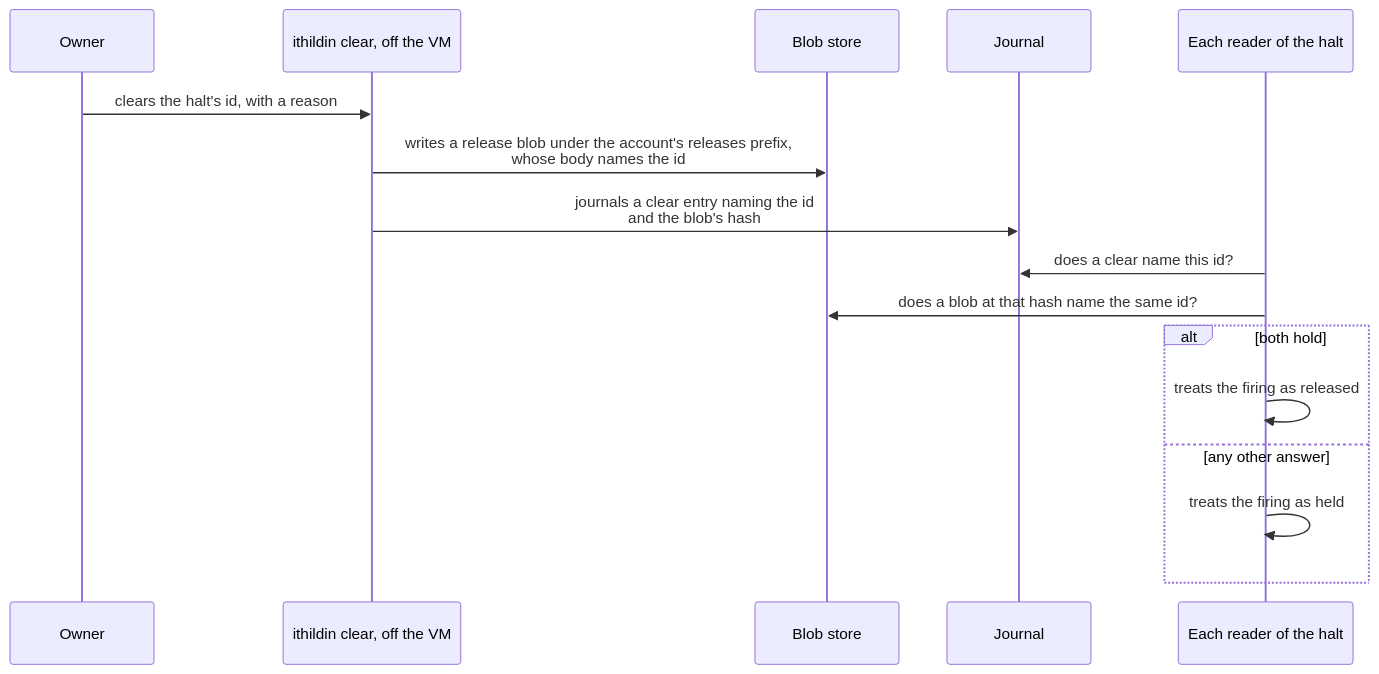
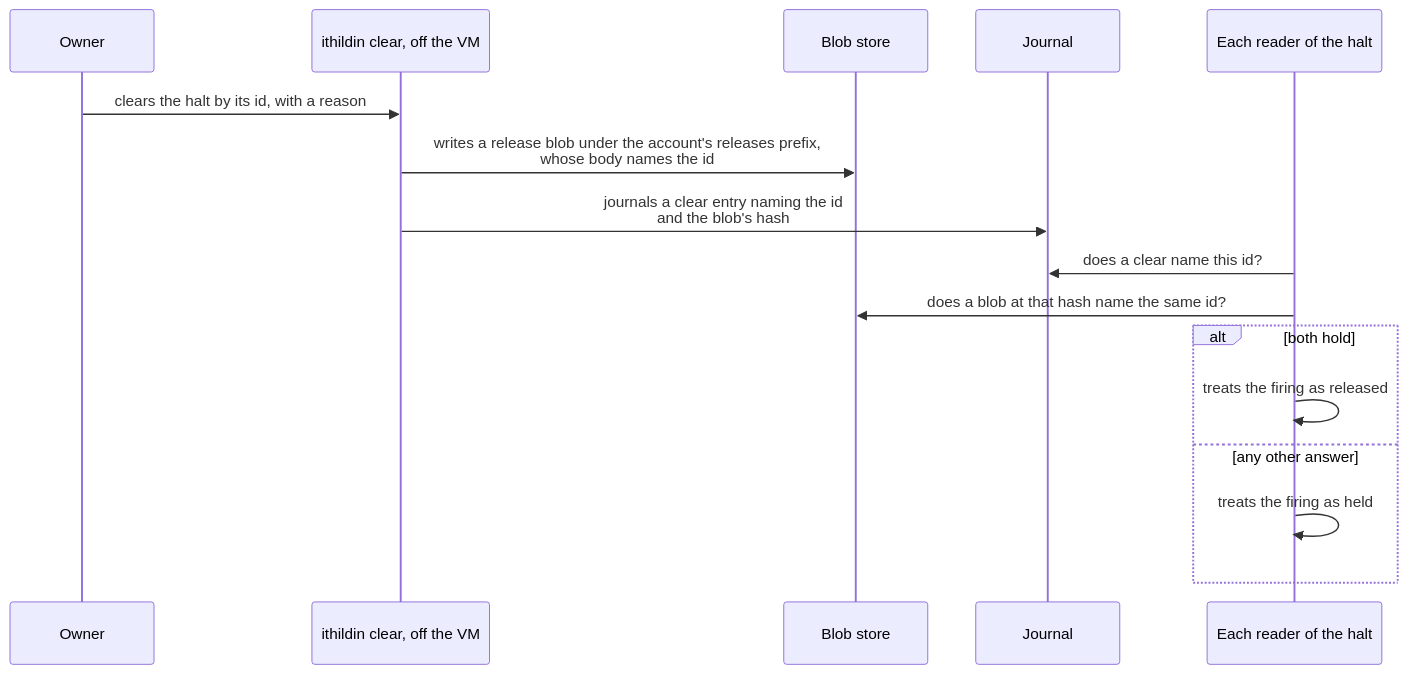
The second of 3 diagrams in docs/halts-and-drills.md (l3a0/ithildin-runtime), drawn with Mermaid before and after one commit. The commit also changed 2 other files, not shown here.

Commit message:
docs: answer the review of the diagram words
Twelve labels and sentences said something other than the body, or took a
second read. The restart diagram now checks the kill switch before it writes
the plan, as the send diagram does.

````diff
--- a/docs/halts-and-drills.md
+++ b/docs/halts-and-drills.md
@@ -57,18 +57,18 @@
 ```mermaid
 sequenceDiagram
     participant P as Owner
     participant T as ithildin clear, off the VM
     participant F as Blob store
     participant J as Journal
     participant R as Each reader of the halt
-    P->>T: clears the halt's id, with a reason
+    P->>T: clears the halt by its id, with a reason
     T->>F: writes a release blob under the account's releases prefix,<br/>whose body names the id
     T->>J: journals a clear entry naming the id<br/>and the blob's hash
     R->>J: does a clear name this id?
     R->>F: does a blob at that hash name the same id?
     alt both hold
         R->>R: treats the firing as released
     else any other answer
         R->>R: treats the firing as held
     end
 ```
````
